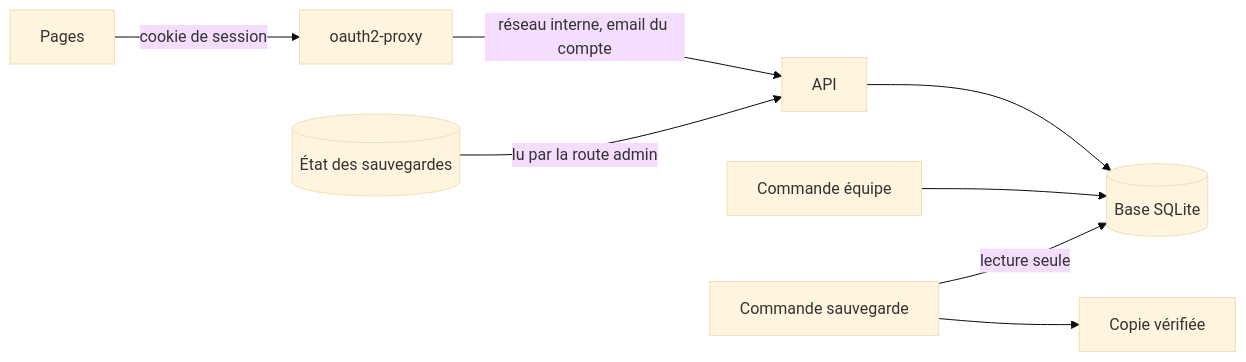
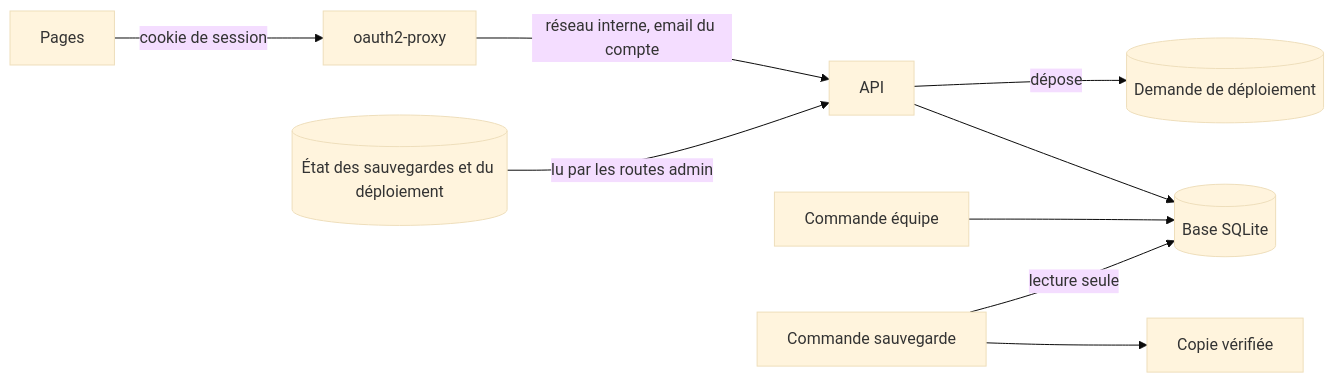
Before and after one commit to design-cpu/yeita-recrutement: the first of 4 diagrams in hlyja/technique/api.humain.md, drawn with Mermaid (base theme). The commit also changed other lines of this file and 25 other files, not shown here.

````diff
--- a/hlyja/technique/api.humain.md
+++ b/hlyja/technique/api.humain.md
@@ -18,10 +19,11 @@
 ```mermaid
 flowchart LR
   N[Pages] -->|cookie de session| P[oauth2-proxy]
   P -->|réseau interne, email du compte| A[API]
   A --> D[(Base SQLite)]
   C[Commande équipe] --> D
   S[Commande sauvegarde] -->|lecture seule| D
   S --> K[Copie vérifiée]
-  E[(État des sauvegardes)] -->|lu par la route admin| A
+  E[(État des sauvegardes et du déploiement)] -->|lu par les routes admin| A
+  A -->|dépose| Q[(Demande de déploiement)]
 ```
````
